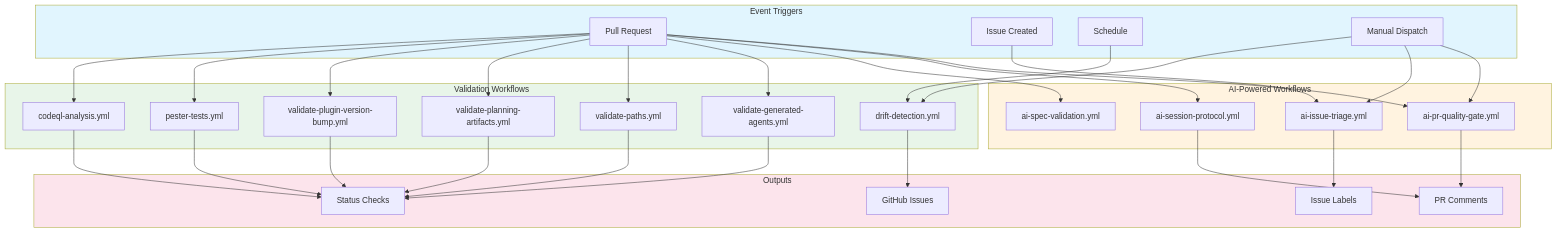
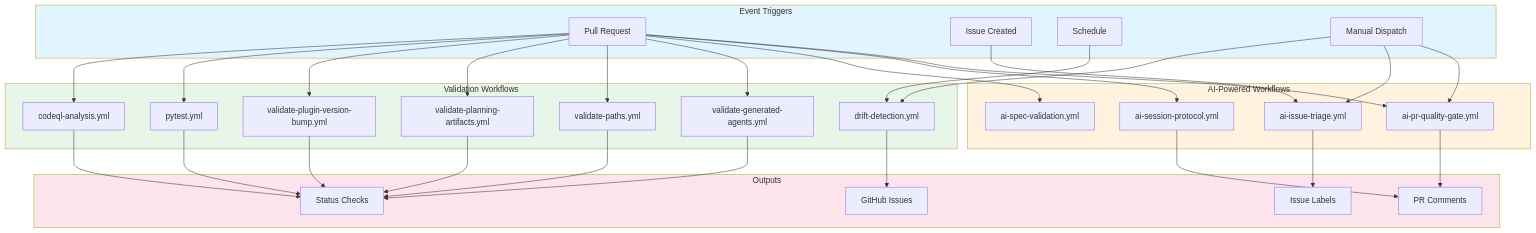
The first of 7 diagrams in .github/AGENTS.md (rjmurillo/ai-agents), drawn with Mermaid before and after one commit. The commit also changed other lines of this file and 13 other files, not shown here.

````diff
--- a/.github/AGENTS.md
+++ b/.github/AGENTS.md
@@ -11,67 +11,67 @@
 ```mermaid
 flowchart TD
     subgraph Triggers["Event Triggers"]
         PR[Pull Request]
         ISS[Issue Created]
         SCH[Schedule]
         MAN[Manual Dispatch]
     end
 
     subgraph AIWorkflows["AI-Powered Workflows"]
         QG[ai-pr-quality-gate.yml]
         IT[ai-issue-triage.yml]
         SP[ai-session-protocol.yml]
         SV[ai-spec-validation.yml]
     end
 
     subgraph ValidationWorkflows["Validation Workflows"]
         DD[drift-detection.yml]
         VG[validate-generated-agents.yml]
         VP[validate-paths.yml]
         VPA[validate-planning-artifacts.yml]
         VPV[validate-plugin-version-bump.yml]
-        PT[pester-tests.yml]
+        PT[pytest.yml]
         CQ[codeql-analysis.yml]
     end
 
     subgraph Outputs["Outputs"]
         CMT[PR Comments]
         LBL[Issue Labels]
         ISS2[GitHub Issues]
         CHK[Status Checks]
     end
 
     PR --> QG
     PR --> SP
     PR --> SV
     PR --> VG
     PR --> VP
     PR --> VPA
     PR --> VPV
     PR --> PT
     PR --> CQ
 
     ISS --> IT
 
     SCH --> DD
 
     MAN --> QG
     MAN --> IT
     MAN --> DD
 
     QG --> CMT
     IT --> LBL
     SP --> CMT
     DD --> ISS2
     VG --> CHK
     VP --> CHK
     VPA --> CHK
     VPV --> CHK
     PT --> CHK
     CQ --> CHK
 
     style Triggers fill:#e1f5fe
     style AIWorkflows fill:#fff3e0
     style ValidationWorkflows fill:#e8f5e9
     style Outputs fill:#fce4ec
 ```
````
